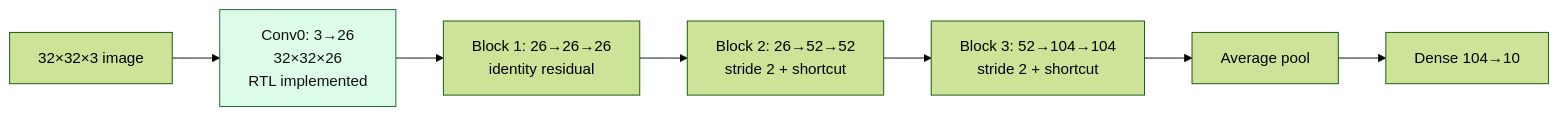
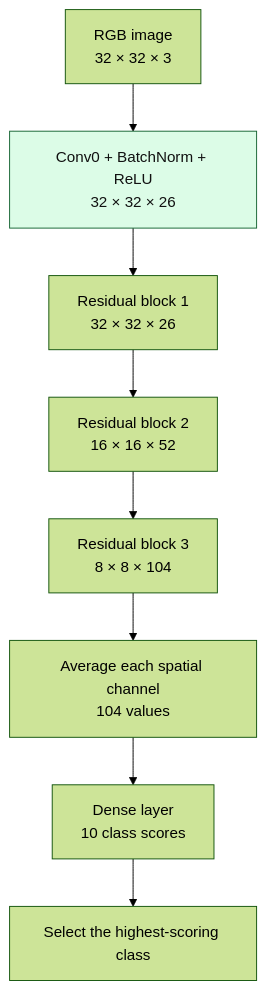
One commit to jacob-eratt/senior-design changed the second of 6 diagrams in resnet8_project/onboarding/MEETING_WALKTHROUGH.md. Above: the diagram before and after it, drawn with Mermaid (forest theme). The commit also changed other lines of this file and 2 other files, not shown here.

````diff
--- a/resnet8_project/onboarding/MEETING_WALKTHROUGH.md
+++ b/resnet8_project/onboarding/MEETING_WALKTHROUGH.md
@@ -11,9 +47,11 @@
 ```mermaid
-flowchart LR
-    I["32×32×3 image"] --> C["Conv0: 3→26\n32×32×26\nRTL implemented"]
-    C --> B1["Block 1: 26→26→26\nidentity residual"]
-    B1 --> B2["Block 2: 26→52→52\nstride 2 + shortcut"]
-    B2 --> B3["Block 3: 52→104→104\nstride 2 + shortcut"]
-    B3 --> P["Average pool"] --> D["Dense 104→10"]
+flowchart TD
+    I["RGB image\n32 × 32 × 3"] --> C["Conv0 + BatchNorm + ReLU\n32 × 32 × 26"]
+    C --> B1["Residual block 1\n32 × 32 × 26"]
+    B1 --> B2["Residual block 2\n16 × 16 × 52"]
+    B2 --> B3["Residual block 3\n8 × 8 × 104"]
+    B3 --> P["Average each spatial channel\n104 values"]
+    P --> D["Dense layer\n10 class scores"]
+    D --> O["Select the highest-scoring class"]
     style C fill:#dcfce7,stroke:#166534,color:#111
 ```
````
